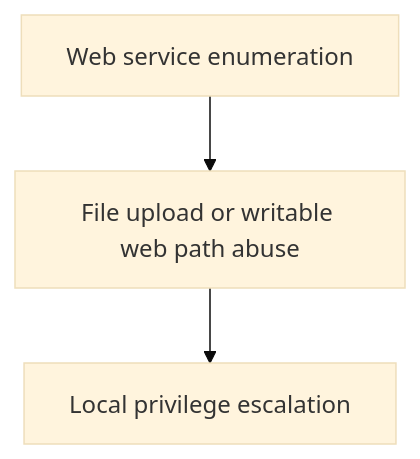
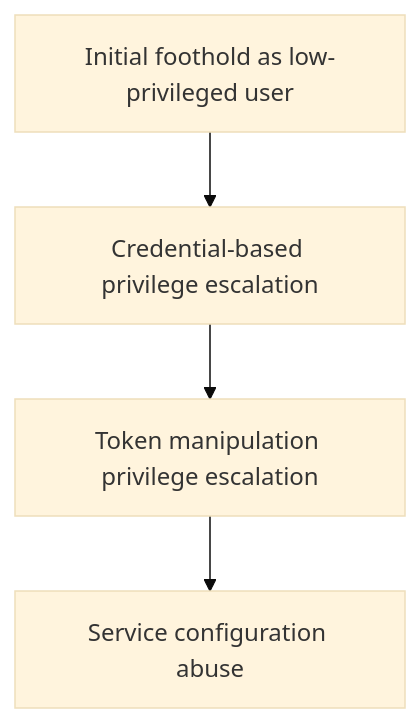
One commit to haunter-actual/Recon-Revenant changed the diagram in report.md. Above: the diagram before and after it, drawn with Mermaid (base theme). The commit also changed other lines of this file and 3 other files, not shown here.

````diff
--- a/report.md
+++ b/report.md
@@ -20,5 +35,6 @@
 ```mermaid
 graph TD
-  A0["Web service enumeration"] --> A1["File upload or writable web path abuse"]
-  A1["File upload or writable web path abuse"] --> A2["Local privilege escalation"]
+  A0["Initial foothold as low-privileged user"] --> A1["Credential-based privilege escalation"]
+  A1["Credential-based privilege escalation"] --> A2["Token manipulation privilege escalation"]
+  A2["Token manipulation privilege escalation"] --> A3["Service configuration abuse"]
 ```
````
